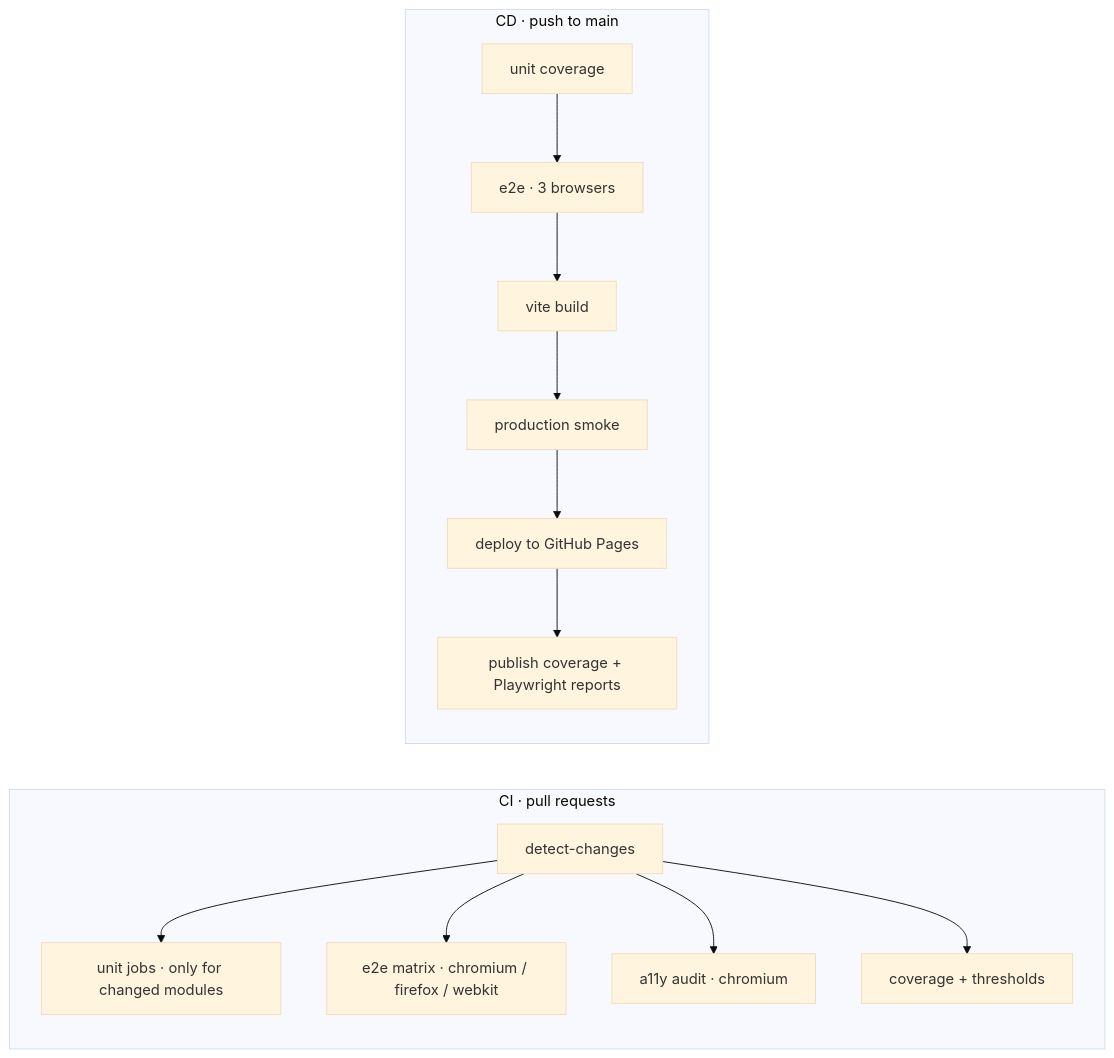
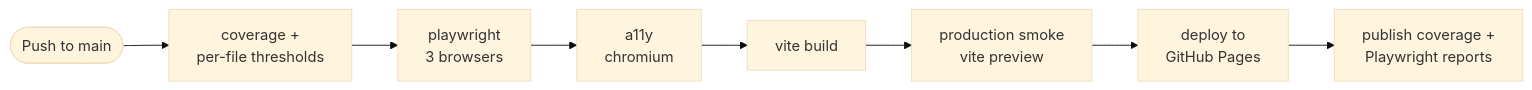
One commit to rio-ap/web-playground changed the second of 2 diagrams in README.md. Above: the diagram before and after it, drawn with Mermaid (base theme). The commit also changed other lines of this file, not shown here.

Commit message:
docs: document coverage thresholds and ci/cd flows

````diff
--- a/README.md
+++ b/README.md
@@ -69,12 +82,4 @@
 ```mermaid
 flowchart LR
-  subgraph CI["CI · pull requests"]
-    A[detect-changes] --> U["unit jobs · only for changed modules"]
-    A --> E["e2e matrix · chromium / firefox / webkit"]
-    A --> X["a11y audit · chromium"]
-    A --> V["coverage + thresholds"]
-  end
-  subgraph CD["CD · push to main"]
-    T[unit coverage] --> P["e2e · 3 browsers"] --> B[vite build] --> S["production smoke"] --> D["deploy to GitHub Pages"] --> R["publish coverage + Playwright reports"]
-  end
+  M([Push to main]) --> C["coverage +<br/>per-file thresholds"] --> E["playwright<br/>3 browsers"] --> A["a11y<br/>chromium"] --> B["vite build"] --> S["production smoke<br/>vite preview"] --> D["deploy to<br/>GitHub Pages"] --> R["publish coverage +<br/>Playwright reports"]
 ```
````
